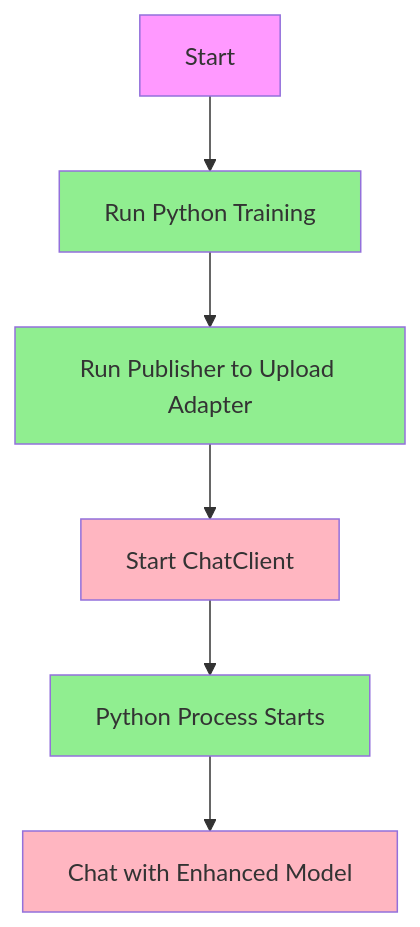
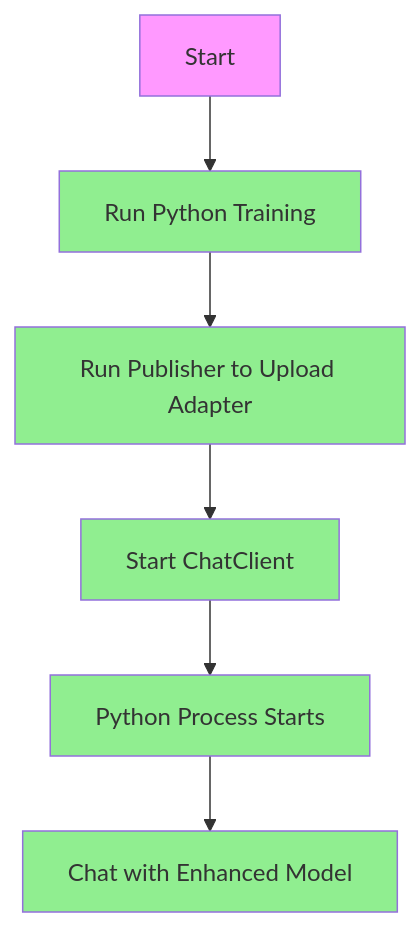
The eighth of 8 diagrams in STORY.md (gsinghjay/LLMAdapterClient), drawn with Mermaid before and after one commit. The commit also changed other lines of this file, not shown here.

````diff
--- a/STORY.md
+++ b/STORY.md
@@ -310,15 +422,15 @@
 ```mermaid
 graph TD
     A[Start] --> B[Run Python Training]
     B --> C[Run Publisher to Upload Adapter]
     C --> D[Start ChatClient]
     D --> E[Python Process Starts]
     E --> F[Chat with Enhanced Model]
     
     style A fill:#f9f
     style B fill:#90EE90
     style C fill:#90EE90
-    style D fill:#FFB6C1
+    style D fill:#90EE90
     style E fill:#90EE90
-    style F fill:#FFB6C1
+    style F fill:#90EE90
 ```
````
